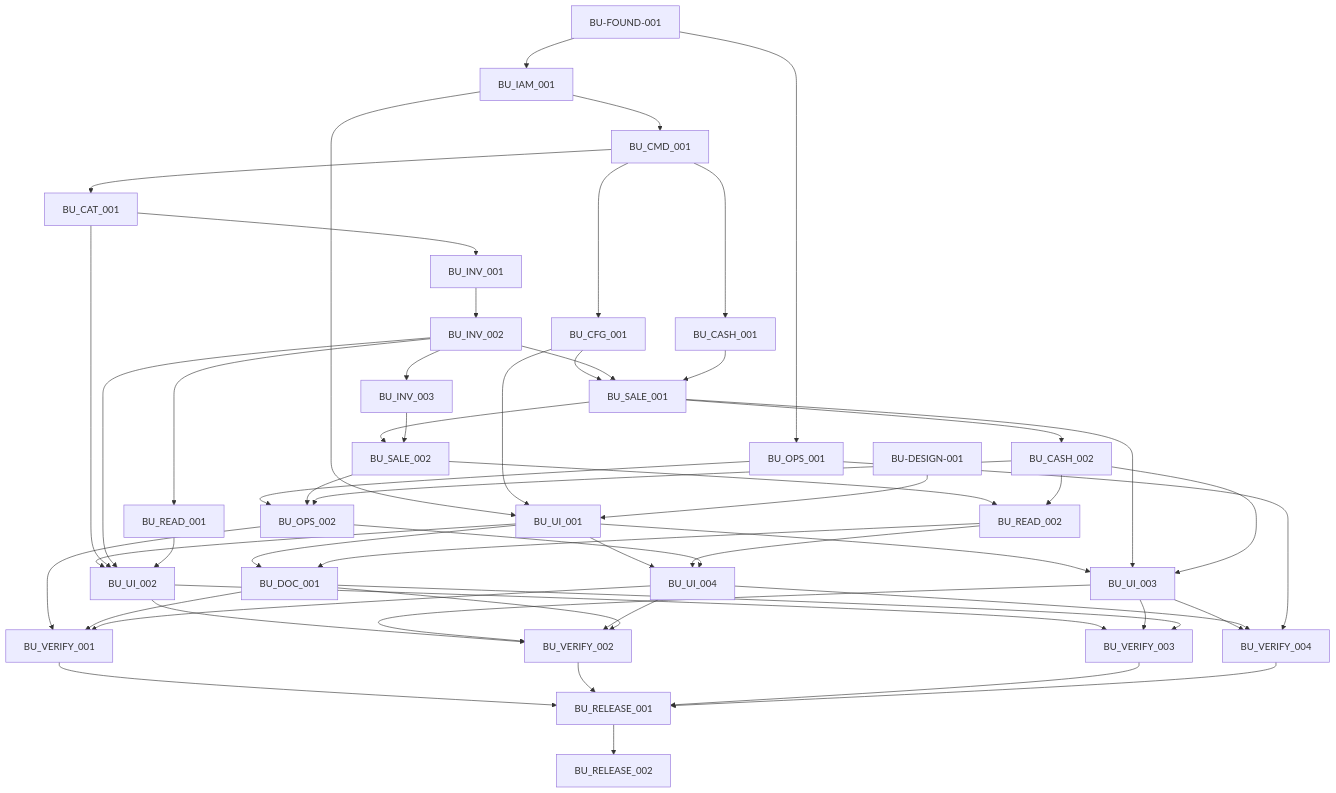
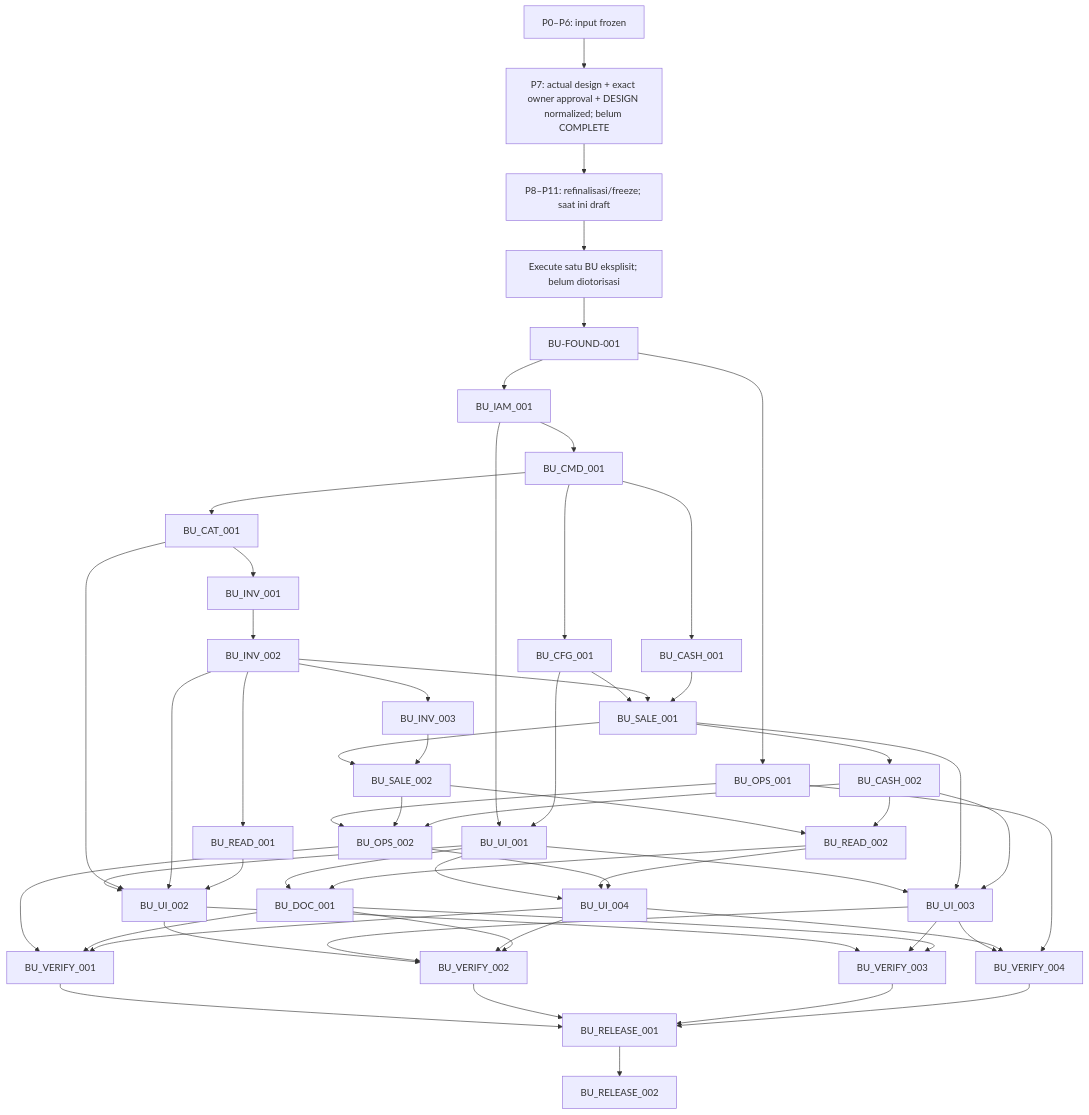
One commit to yusufarst/bantukasir changed the diagram in docs/11-BUILD-PLAN.md. Above: the diagram before and after it, drawn with Mermaid. The commit also changed other lines of this file and 53 other files, not shown here.

````diff
--- a/docs/11-BUILD-PLAN.md
+++ b/docs/11-BUILD-PLAN.md
@@ -52,59 +51,61 @@
 ```mermaid
 flowchart TD
+P0_P6["P0–P6: input frozen"] --> P7_COMPLETE["P7: actual design + exact owner approval + DESIGN normalized; belum COMPLETE"]
+P7_COMPLETE --> P8_P11_FROZEN["P8–P11: refinalisasi/freeze; saat ini draft"]
+P8_P11_FROZEN --> EXPLICIT_EXECUTE["Execute satu BU eksplisit; belum diotorisasi"]
+EXPLICIT_EXECUTE --> BU_FOUND_001
 BU_FOUND_001["BU-FOUND-001"]
 BU_FOUND_001 --> BU_IAM_001
 BU_IAM_001 --> BU_CMD_001
 BU_CMD_001 --> BU_CFG_001
 BU_CMD_001 --> BU_CAT_001
 BU_CAT_001 --> BU_INV_001
 BU_INV_001 --> BU_INV_002
 BU_INV_002 --> BU_INV_003
 BU_CMD_001 --> BU_CASH_001
 BU_CFG_001 --> BU_SALE_001
 BU_INV_002 --> BU_SALE_001
 BU_CASH_001 --> BU_SALE_001
 BU_SALE_001 --> BU_CASH_002
 BU_SALE_001 --> BU_SALE_002
 BU_INV_003 --> BU_SALE_002
 BU_INV_002 --> BU_READ_001
 BU_SALE_002 --> BU_READ_002
 BU_CASH_002 --> BU_READ_002
 BU_FOUND_001 --> BU_OPS_001
 BU_OPS_001 --> BU_OPS_002
 BU_SALE_002 --> BU_OPS_002
 BU_CASH_002 --> BU_OPS_002
-BU_DESIGN_001["BU-DESIGN-001"]
 BU_IAM_001 --> BU_UI_001
 BU_CFG_001 --> BU_UI_001
-BU_DESIGN_001 --> BU_UI_001
 BU_UI_001 --> BU_UI_002
 BU_CAT_001 --> BU_UI_002
 BU_INV_002 --> BU_UI_002
 BU_READ_001 --> BU_UI_002
 BU_UI_001 --> BU_UI_003
 BU_SALE_001 --> BU_UI_003
 BU_CASH_002 --> BU_UI_003
 BU_UI_001 --> BU_UI_004
 BU_READ_002 --> BU_UI_004
 BU_OPS_002 --> BU_UI_004
 BU_UI_001 --> BU_DOC_001
 BU_READ_002 --> BU_DOC_001
 BU_OPS_002 --> BU_VERIFY_001
 BU_DOC_001 --> BU_VERIFY_001
 BU_UI_004 --> BU_VERIFY_001
 BU_UI_002 --> BU_VERIFY_002
 BU_UI_003 --> BU_VERIFY_002
 BU_UI_004 --> BU_VERIFY_002
 BU_DOC_001 --> BU_VERIFY_002
 BU_UI_002 --> BU_VERIFY_003
 BU_UI_003 --> BU_VERIFY_003
 BU_DOC_001 --> BU_VERIFY_003
 BU_UI_003 --> BU_VERIFY_004
 BU_UI_004 --> BU_VERIFY_004
 BU_OPS_001 --> BU_VERIFY_004
 BU_VERIFY_001 --> BU_RELEASE_001
 BU_VERIFY_002 --> BU_RELEASE_001
 BU_VERIFY_003 --> BU_RELEASE_001
 BU_VERIFY_004 --> BU_RELEASE_001
 BU_RELEASE_001 --> BU_RELEASE_002
 ```
````
